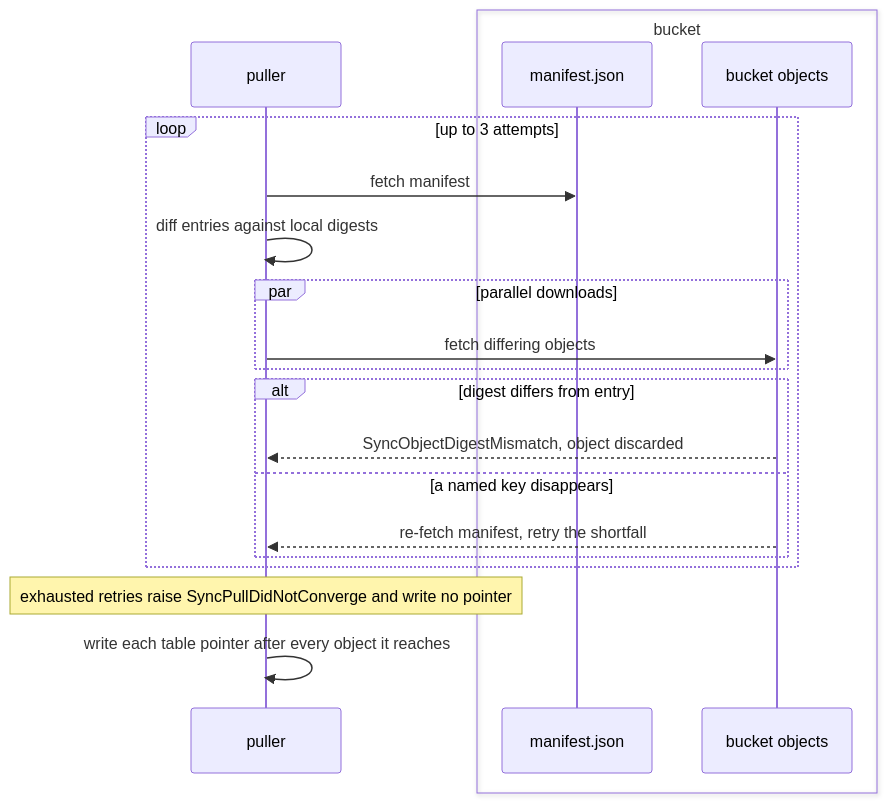
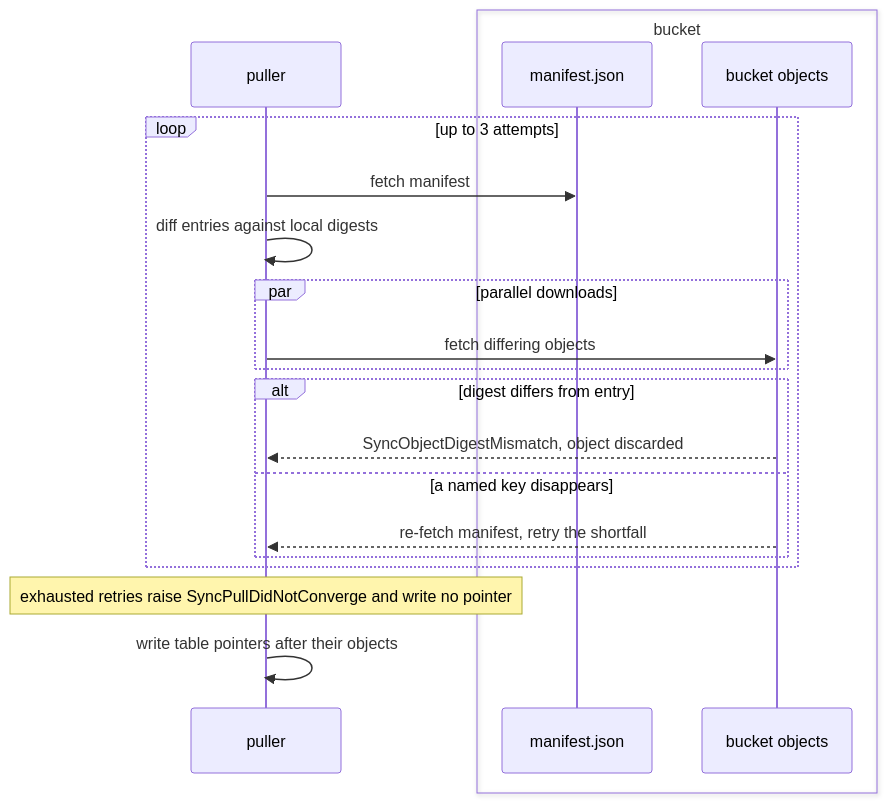
One commit to fractalboxdev/contextful changed the fourth of 5 diagrams in spec/10-store.md. Above: the diagram before and after it, drawn with Mermaid. The commit also changed other lines of this file and 31 other files, not shown here.

First line of the commit message:
spec: every diagram draws things as nodes and what flows as labelled edges

````diff
--- a/spec/10-store.md
+++ b/spec/10-store.md
@@ -360,23 +359,23 @@
 ```mermaid
 sequenceDiagram
   participant P as puller
   box bucket
     participant M as manifest.json
     participant B as bucket objects
   end
 
   loop up to 3 attempts
     P->>M: fetch manifest
     P->>P: diff entries against local digests
     par parallel downloads
       P->>B: fetch differing objects
     end
     alt digest differs from entry
       B-->>P: SyncObjectDigestMismatch, object discarded
     else a named key disappears
       B-->>P: re-fetch manifest, retry the shortfall
     end
   end
   Note over P: exhausted retries raise SyncPullDidNotConverge and write no pointer
-  P->>P: write each table pointer after every object it reaches
+  P->>P: write table pointers after their objects
 ```
````
